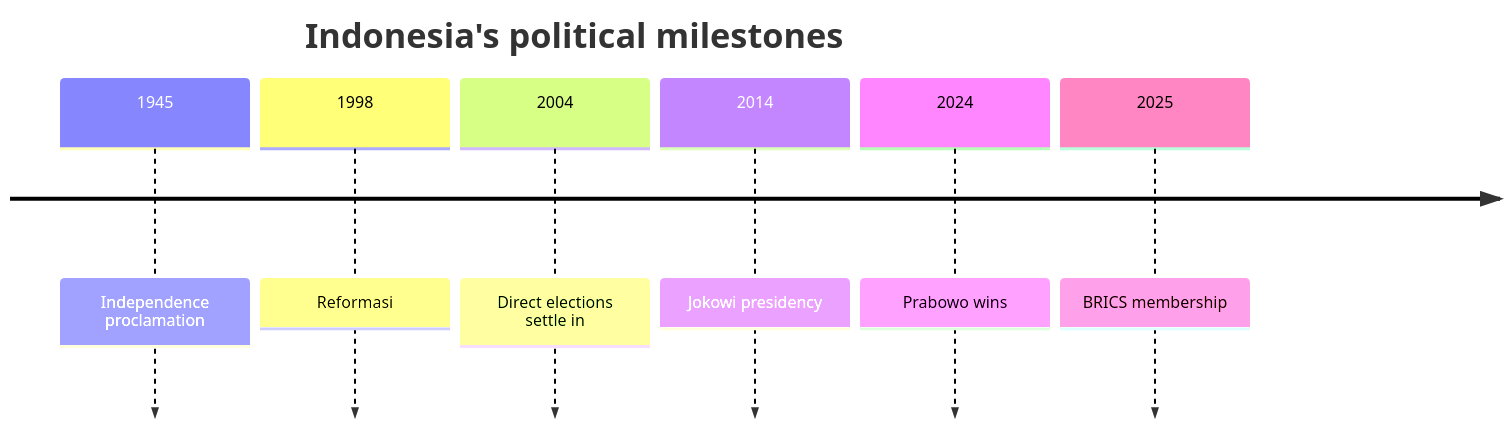
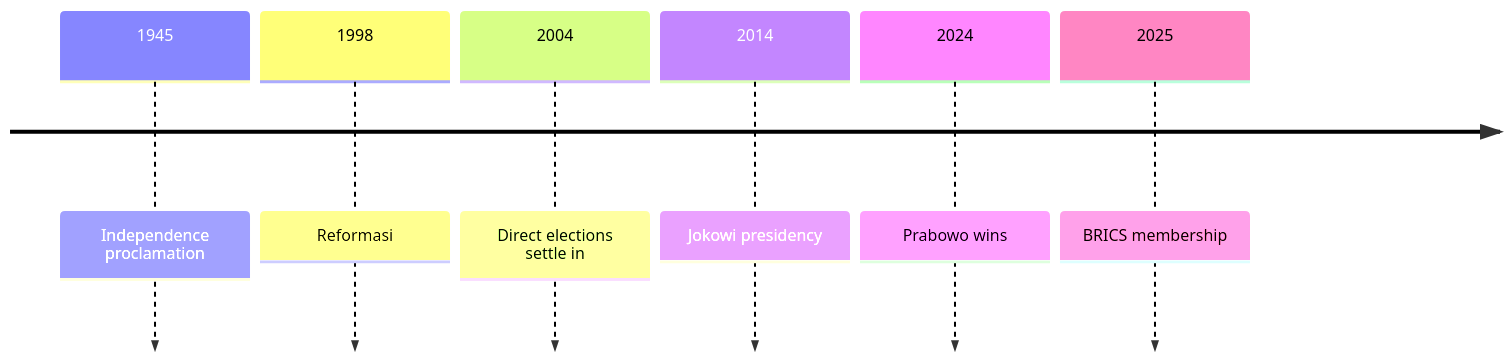
Before and after one commit to daylight55/research: the second of 2 diagrams in articles/report/indonesia-geopolitical-profile/en/index.mdx, drawn with Mermaid. The commit also changed other lines of this file and 181 other files, not shown here.

First line of the commit message:
全記事の図解368点を再生成し、共通注意書きを削除 (#402)

````diff
--- a/articles/report/indonesia-geopolitical-profile/en/index.mdx
+++ b/articles/report/indonesia-geopolitical-profile/en/index.mdx
@@ -51,10 +57,13 @@
 ```mermaid
 timeline
-  title Indonesia's political milestones
+  accTitle: From Indonesian independence to reform and succession
+  accDescr: The chronology follows independence, the 1998 reforms, direct elections, recent succession and BRICS membership.
+  accTitle: From Indonesian independence to reform and succession
+  accDescr: The chronology follows independence, the 1998 reforms, direct elections, recent succession and BRICS membership.
   1945 : Independence proclamation
   1998 : Reformasi
   2004 : Direct elections settle in
   2014 : Jokowi presidency
   2024 : Prabowo wins
   2025 : BRICS membership
 ```
````
